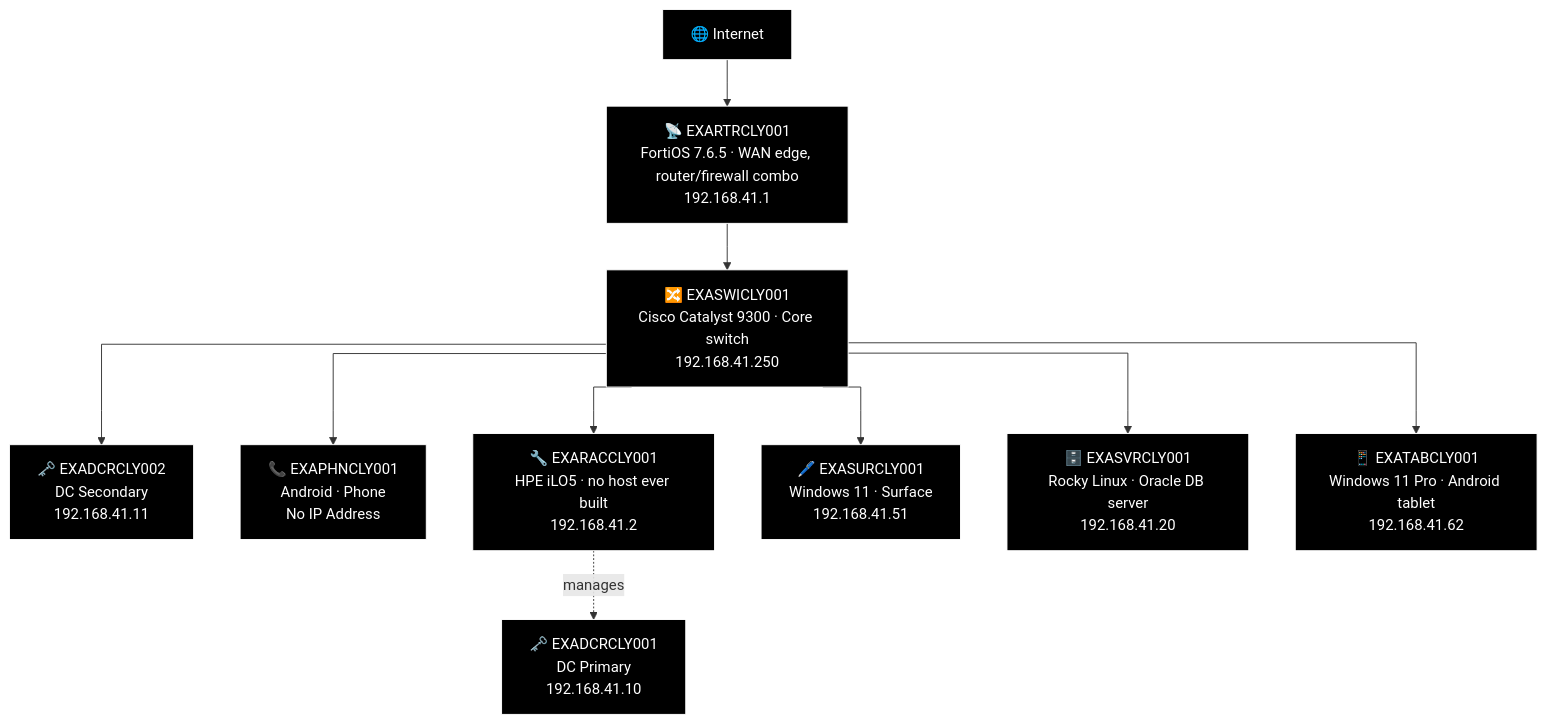
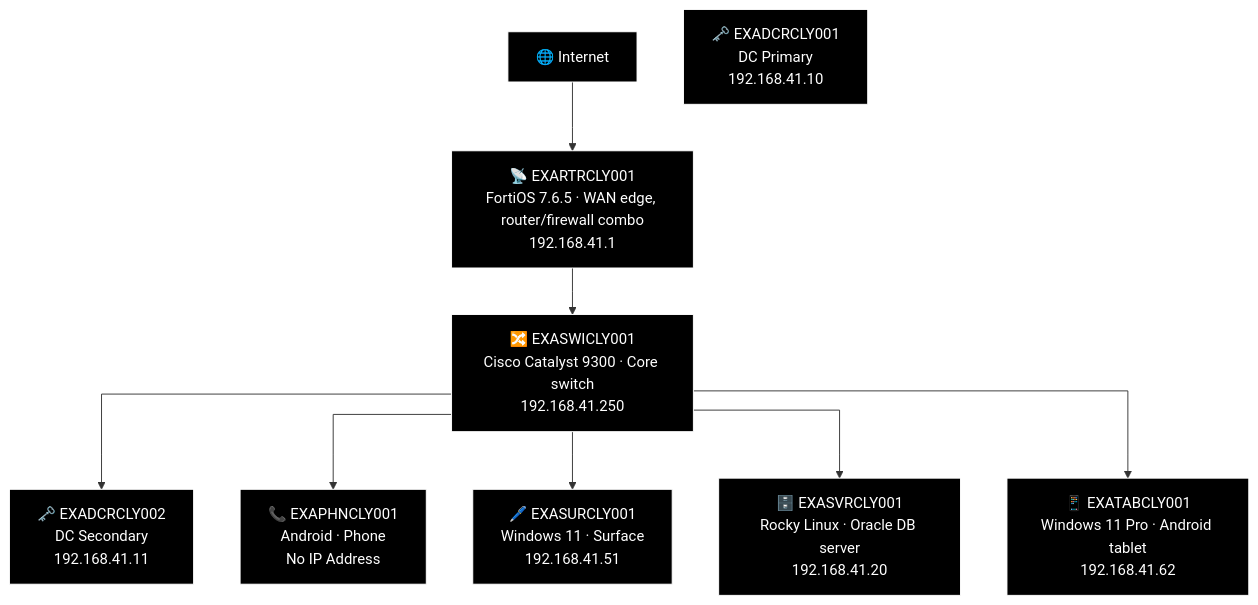
The tenth of 21 diagrams in docs/network-diagram/scotland.md (knightmare2600/example_music_infra), drawn with Mermaid before and after one commit. The commit also changed other lines of this file and 12 other files, not shown here.

````diff
--- a/docs/network-diagram/scotland.md
+++ b/docs/network-diagram/scotland.md
@@ -649,36 +649,32 @@
 ```mermaid
 %% GENERATED:OLDNETWORK:CLY:START
 %%{init: {'flowchart': {'curve': 'stepAfter'}}}%%
 graph TD
     O_INET["🌐 Internet"]
     O_RTR["📡 EXARTRCLY001<br/>FortiOS 7.6.5 · WAN edge, router/firewall combo<br/>192.168.41.1"]
     O_SWI["🔀 EXASWICLY001<br/>Cisco Catalyst 9300 · Core switch<br/>192.168.41.250"]
     O_DCR1["🗝️ EXADCRCLY001<br/>DC Primary<br/>192.168.41.10"]
     O_DCR2["🗝️ EXADCRCLY002<br/>DC Secondary<br/>192.168.41.11"]
     O_PHN["📞 EXAPHNCLY001<br/>Android · Phone<br/>No IP Address"]
-    O_RAC["🔧 EXARACCLY001<br/>HPE iLO5 · no host ever built<br/>192.168.41.2"]
     O_SUR["🖊️ EXASURCLY001<br/>Windows 11 · Surface<br/>192.168.41.51"]
     O_SVR["🗄️ EXASVRCLY001<br/>Rocky Linux · Oracle DB server<br/>192.168.41.20"]
     O_TAB["📱 EXATABCLY001<br/>Windows 11 Pro · Android tablet<br/>192.168.41.62"]
     O_INET --> O_RTR
     O_RTR --> O_SWI
     O_SWI --> O_DCR2
     O_SWI --> O_PHN
-    O_SWI --> O_RAC
-    O_RAC -.->|"manages"| O_DCR1
     O_SWI --> O_SUR
     O_SWI --> O_SVR
     O_SWI --> O_TAB
 
     style O_INET fill:#000000,stroke:#FFFFFF,color:#FFFFFF
     style O_RTR fill:#000000,stroke:#FFFFFF,color:#FFFFFF
     style O_SWI fill:#000000,stroke:#FFFFFF,color:#FFFFFF
     style O_DCR1 fill:#000000,stroke:#FFFFFF,color:#FFFFFF
     style O_DCR2 fill:#000000,stroke:#FFFFFF,color:#FFFFFF
     style O_PHN fill:#000000,stroke:#FFFFFF,color:#FFFFFF
-    style O_RAC fill:#000000,stroke:#FFFFFF,color:#FFFFFF
     style O_SUR fill:#000000,stroke:#FFFFFF,color:#FFFFFF
     style O_SVR fill:#000000,stroke:#FFFFFF,color:#FFFFFF
     style O_TAB fill:#000000,stroke:#FFFFFF,color:#FFFFFF
 %% GENERATED:OLDNETWORK:CLY:END
 ```
````
